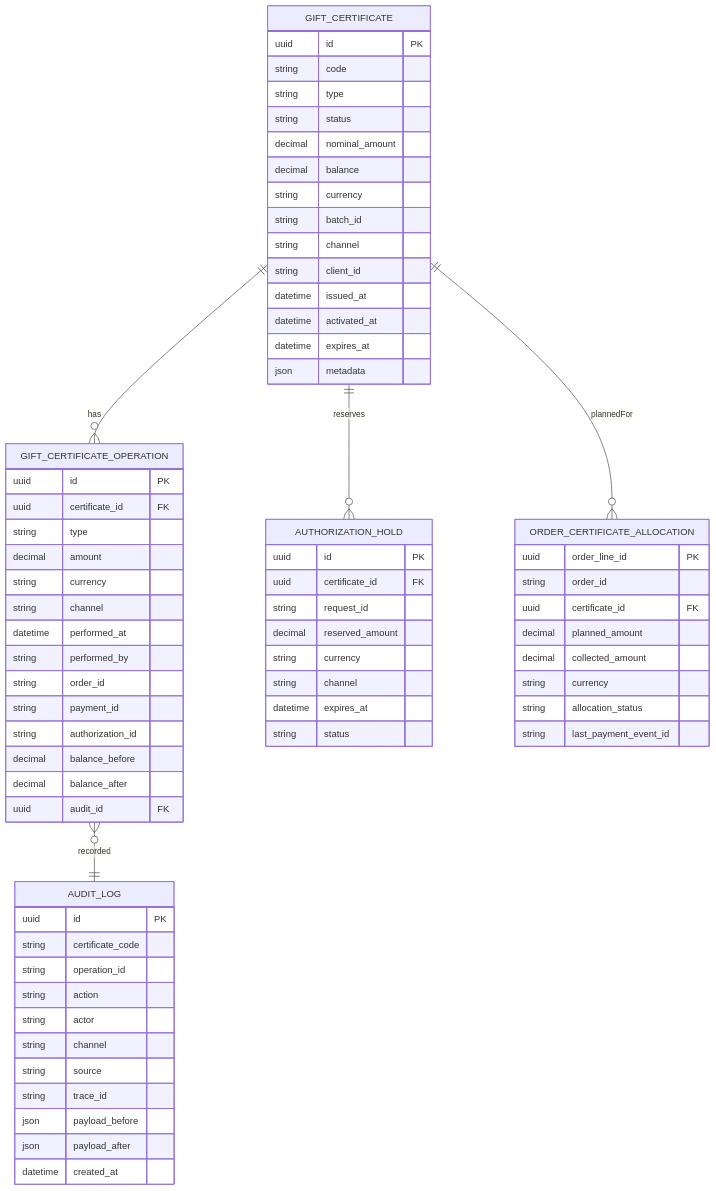
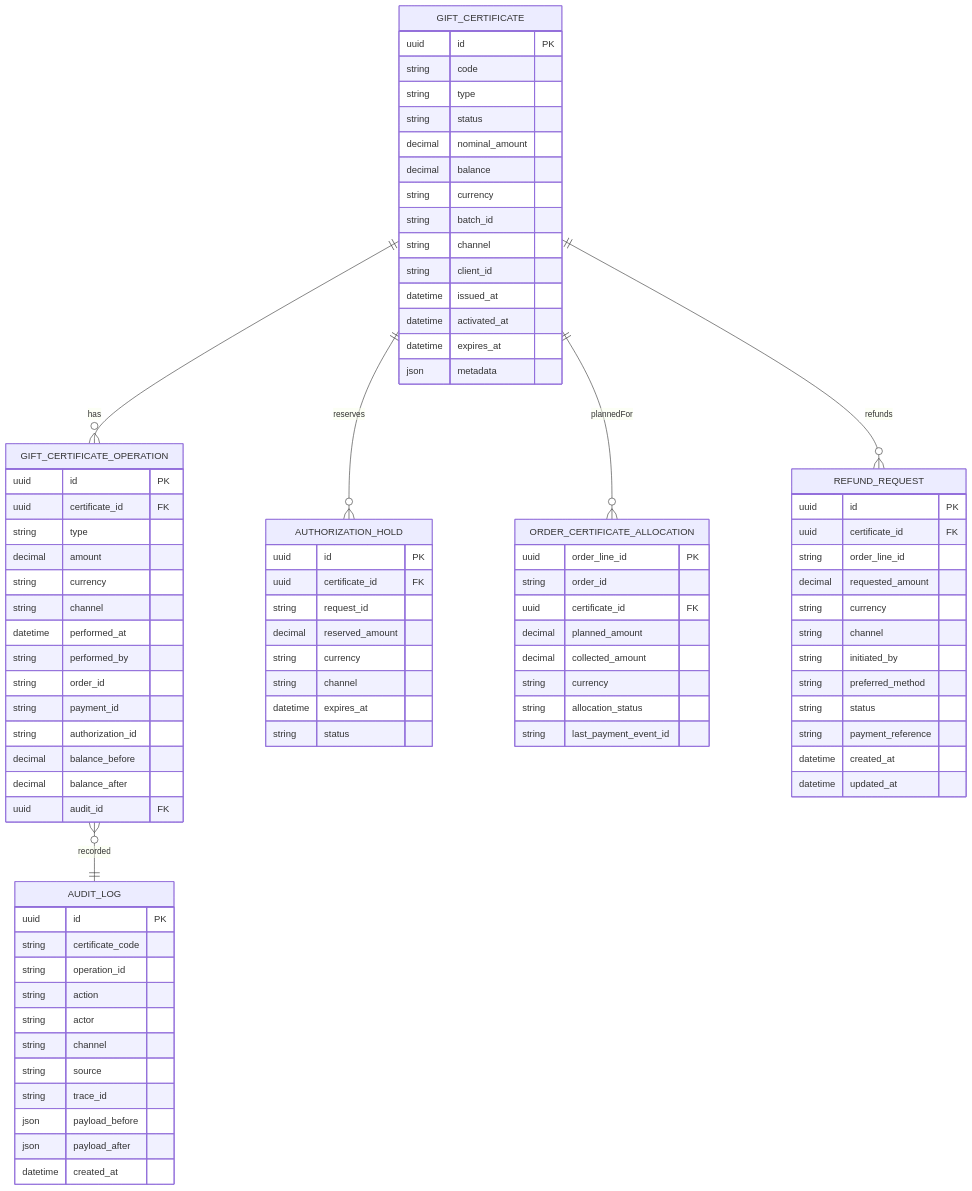
One commit to dobryakov/gift-certs-example2 changed the diagram in specs/erd.mmd. Above: the diagram before and after it, drawn with Mermaid. The commit also changed 15 other files, not shown here.

```diff
--- a/specs/erd.mmd
+++ b/specs/erd.mmd
@@ -1,75 +1,91 @@
 erDiagram
   GIFT_CERTIFICATE ||--o{ GIFT_CERTIFICATE_OPERATION : "has"
   GIFT_CERTIFICATE ||--o{ AUTHORIZATION_HOLD : "reserves"
   GIFT_CERTIFICATE ||--o{ ORDER_CERTIFICATE_ALLOCATION : "plannedFor"
+  GIFT_CERTIFICATE ||--o{ REFUND_REQUEST : "refunds"
   GIFT_CERTIFICATE_OPERATION }o--|| AUDIT_LOG : "recorded"
 
   GIFT_CERTIFICATE {
     uuid id PK
     string code
     string type
     string status
     decimal nominal_amount
     decimal balance
     string currency
     string batch_id
     string channel
     string client_id
     datetime issued_at
     datetime activated_at
     datetime expires_at
     json metadata
   }
 
   GIFT_CERTIFICATE_OPERATION {
     uuid id PK
     uuid certificate_id FK
     string type
     decimal amount
     string currency
     string channel
     datetime performed_at
     string performed_by
     string order_id
     string payment_id
     string authorization_id
     decimal balance_before
     decimal balance_after
     uuid audit_id FK
   }
 
   AUTHORIZATION_HOLD {
     uuid id PK
     uuid certificate_id FK
     string request_id
     decimal reserved_amount
     string currency
     string channel
     datetime expires_at
     string status
   }
 
   ORDER_CERTIFICATE_ALLOCATION {
     uuid order_line_id PK
     string order_id
     uuid certificate_id FK
     decimal planned_amount
     decimal collected_amount
     string currency
     string allocation_status
     string last_payment_event_id
   }
 
+  REFUND_REQUEST {
+    uuid id PK
+    uuid certificate_id FK
+    string order_line_id
+    decimal requested_amount
+    string currency
+    string channel
+    string initiated_by
+    string preferred_method
+    string status
+    string payment_reference
+    datetime created_at
+    datetime updated_at
+  }
+
   AUDIT_LOG {
     uuid id PK
     string certificate_code
     string operation_id
     string action
     string actor
     string channel
     string source
     string trace_id
     json payload_before
     json payload_after
     datetime created_at
   }
```
